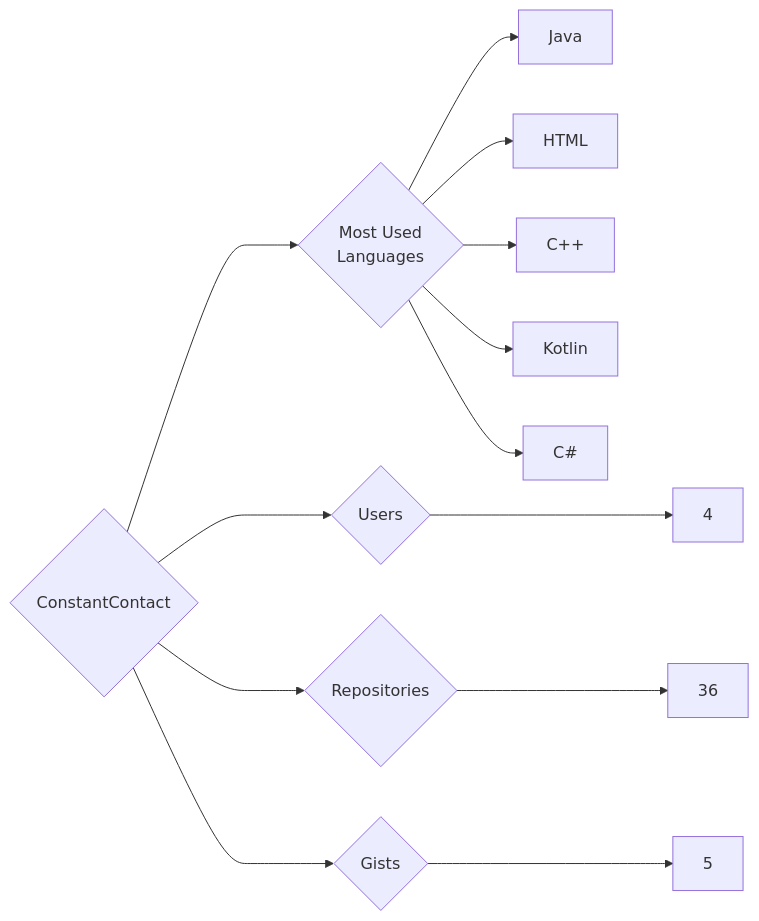
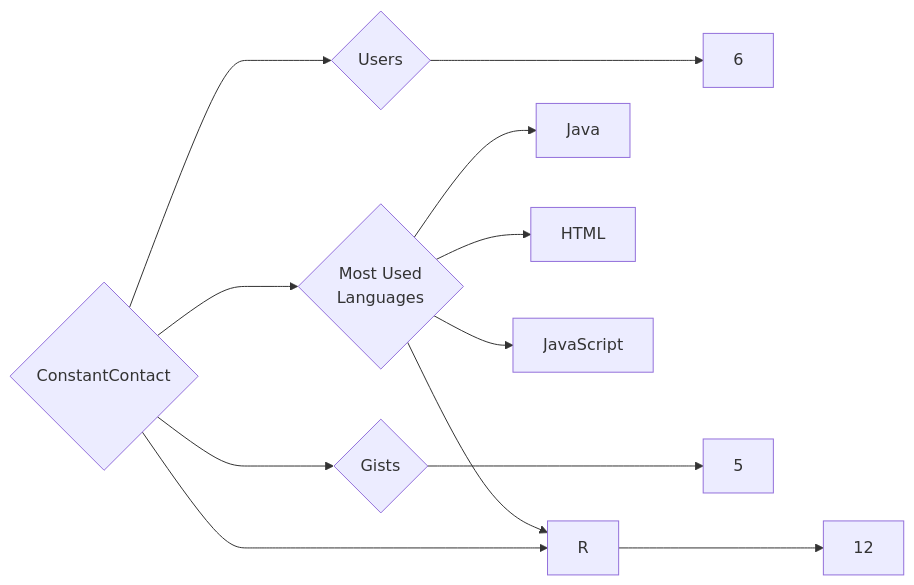
The diagram in targets/ConstantContact/README.md (trickest/insiders), drawn with Mermaid before and after one commit. The commit also changed 1023 other files, not shown here.

````diff
--- a/targets/ConstantContact/README.md
+++ b/targets/ConstantContact/README.md
@@ -3,13 +3,12 @@
 ```mermaid
 graph LR
 COMPANY_NAME{ConstantContact}
-COMPANY_NAME ---> U{Users} ---> UN[4]
-COMPANY_NAME ---> R{Repositories} ---> RN[36]
+COMPANY_NAME ---> U{Users} ---> UN[6]
+COMPANY_NAME ---> R{Repositories} ---> RN[12]
 COMPANY_NAME ---> G{Gists} ---> GN[5]
 COMPANY_NAME ---> ML{Most Used<br>Languages}
 ML --> Java[Java]
 ML --> HTML[HTML]
-ML --> C++[C++]
-ML --> Kotlin[Kotlin]
-ML --> C#[C#]
+ML --> R[R]
+ML --> JavaScript[JavaScript]
 ```
````
